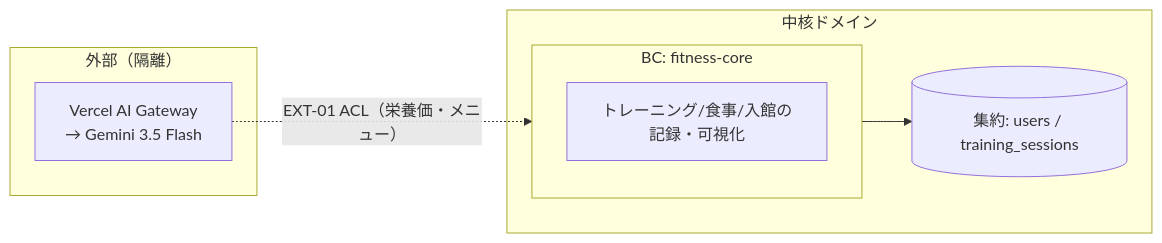
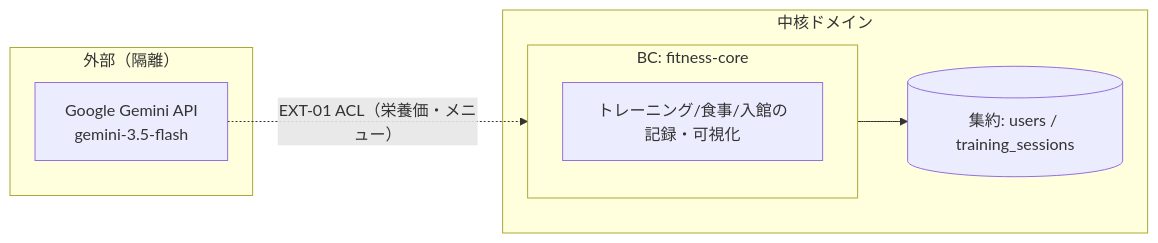
The second of 2 diagrams in docs/02_設計/30_データ・IF設計/01_データモデル.md (k-okada51/okada-fit), drawn with Mermaid before and after one commit. The commit also changed other lines of this file and 37 other files, not shown here.

````diff
--- a/docs/02_設計/30_データ・IF設計/01_データモデル.md
+++ b/docs/02_設計/30_データ・IF設計/01_データモデル.md
@@ -85,15 +85,15 @@
 ```mermaid
 flowchart LR
   subgraph EXT[外部（隔離）]
-    X[Vercel AI Gateway<br/>→ Gemini 3.5 Flash]
+    X[Google Gemini API<br/>gemini-3.5-flash]
   end
   subgraph CORE[中核ドメイン]
     subgraph BC1[BC: fitness-core]
       A[トレーニング/食事/入館の記録・可視化]
     end
     AGG[(集約: users / training_sessions)]
   end
 
   X -. EXT-01 ACL（栄養価・メニュー） .-> BC1
   BC1 --> AGG
 ```
````
